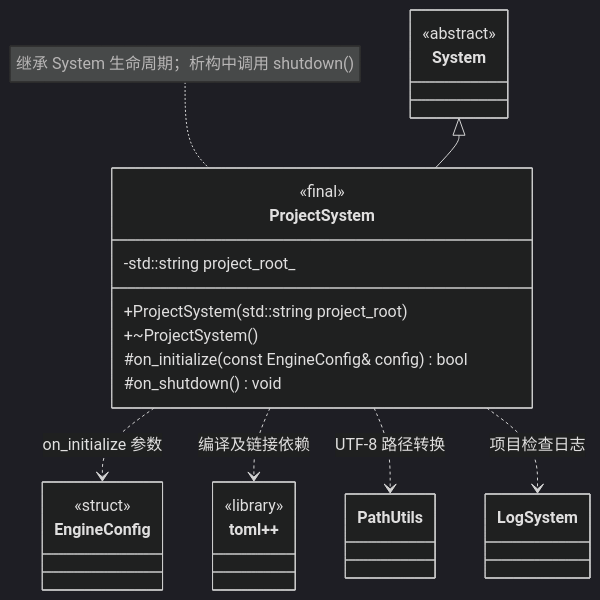
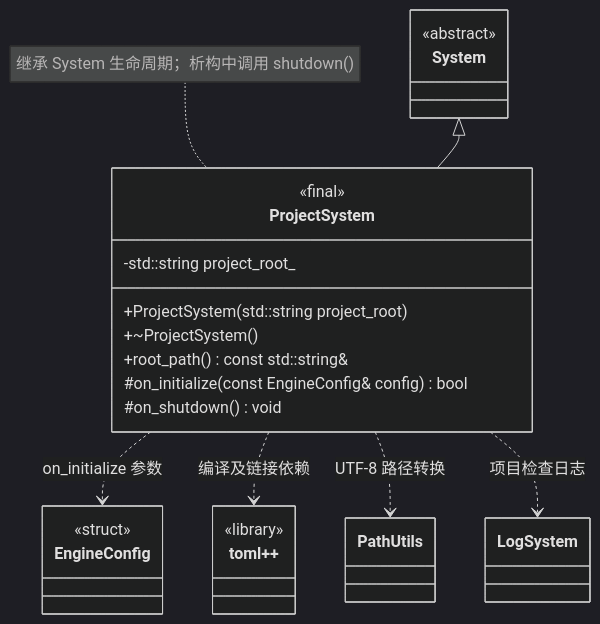
One commit to lcals/Engine changed the diagram in docs/editor/class-diagrams/project-system.md. Above: the diagram before and after it, drawn with Mermaid (dark theme). The commit also changed other lines of this file and 52 other files, not shown here.

````diff
--- a/docs/editor/class-diagrams/project-system.md
+++ b/docs/editor/class-diagrams/project-system.md
@@ -7,29 +7,30 @@
 ```mermaid
 classDiagram
     direction TB
     class ProjectSystem {
         <<final>>
         +ProjectSystem(std::string project_root)
         +~ProjectSystem()
+        +root_path() const std::string&
         -std::string project_root_
         #on_initialize(const EngineConfig& config) bool
         #on_shutdown() void
     }
     class System {
         <<abstract>>
     }
     class EngineConfig {
         <<struct>>
     }
     class tomlplusplus["toml++"] {
         <<library>>
     }
     System <|-- ProjectSystem
     ProjectSystem ..> EngineConfig : on_initialize 参数
     ProjectSystem ..> tomlplusplus : 编译及链接依赖
     note for ProjectSystem "继承 System 生命周期；析构中调用 shutdown()"
     class PathUtils
     ProjectSystem ..> PathUtils : UTF-8 路径转换
     class LogSystem
     ProjectSystem ..> LogSystem : 项目检查日志
 ```
````
